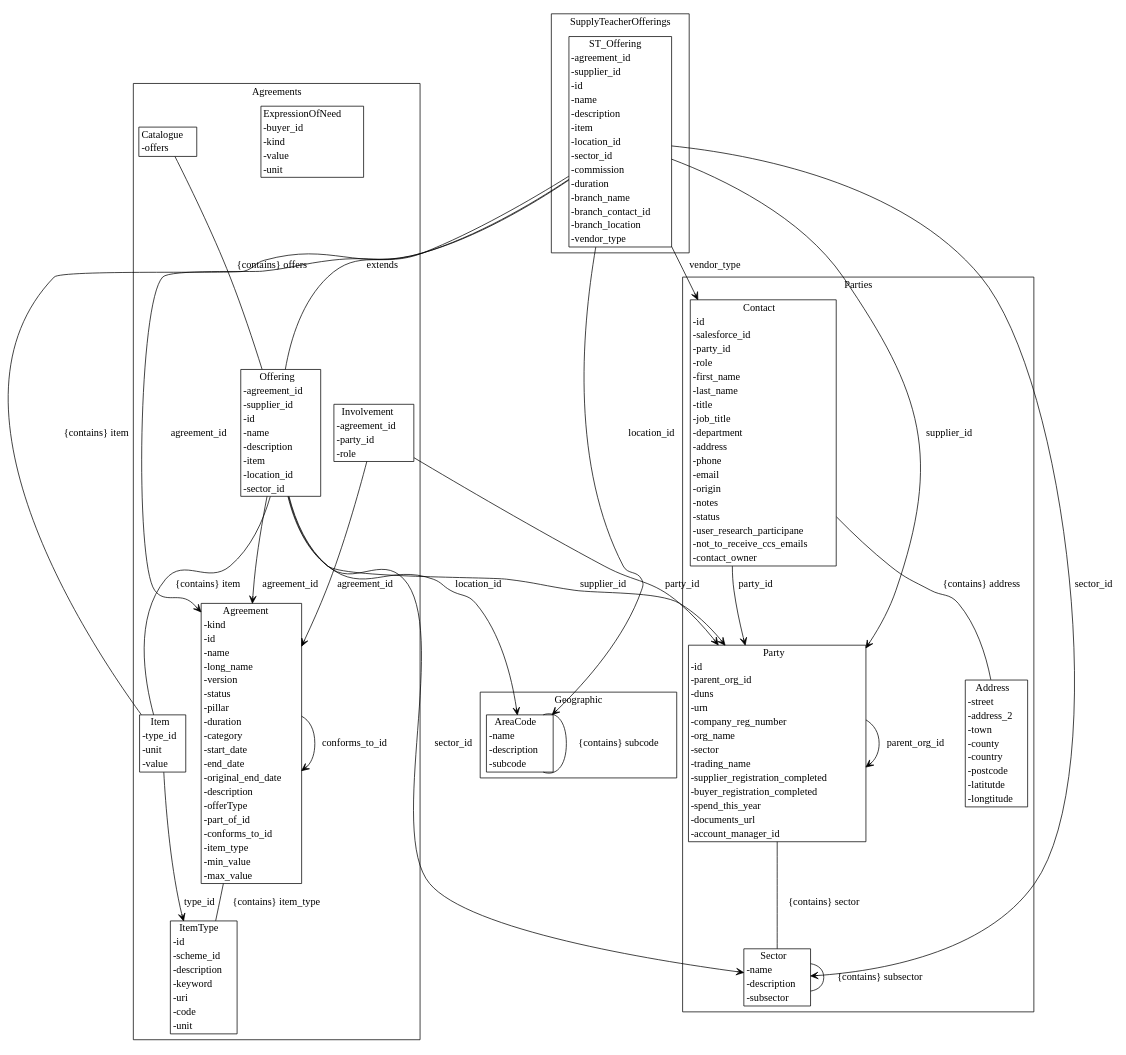
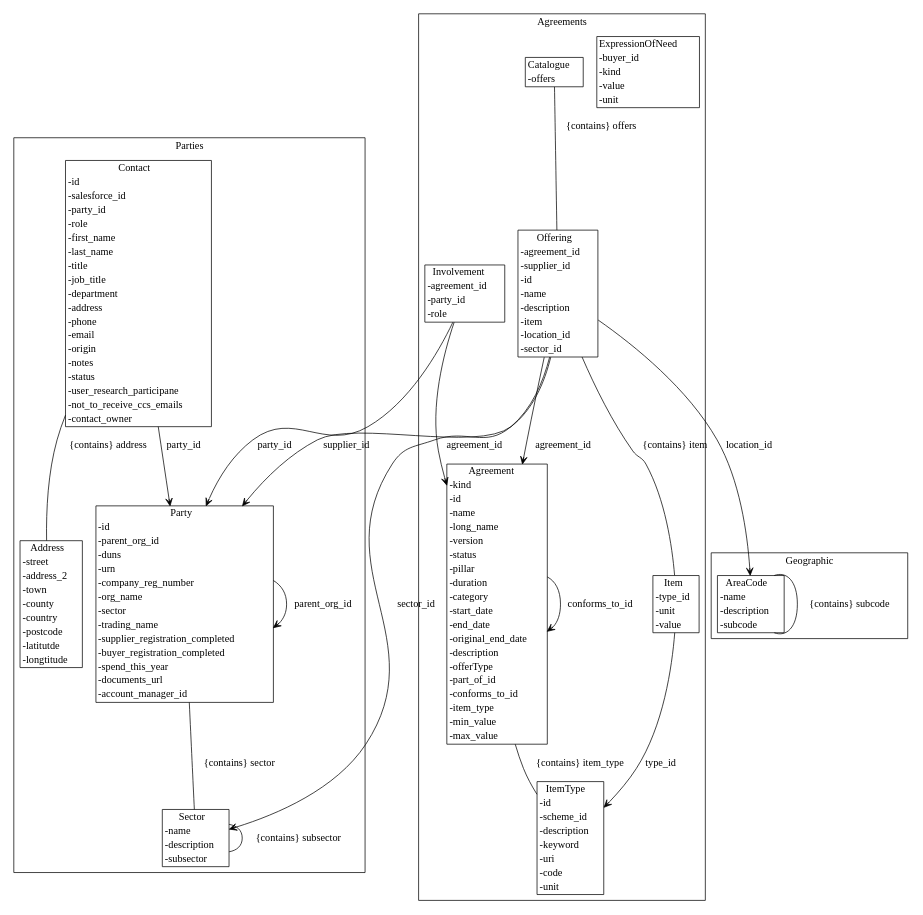
The diagram in gen/diagrams/metamodel.dot (Crown-Commercial-Service/ccs-data-model), drawn with Graphviz before and after one commit. The commit also changed 28 other files, not shown here.

```diff
--- a/gen/diagrams/metamodel.dot
+++ b/gen/diagrams/metamodel.dot
@@ -1,57 +1,44 @@
 strict digraph {
 subgraph cluster_Agreements {
 node [shape=plaintext margin=0];
 label=Agreements;
 "ItemType" [label=<<table BORDER="1" CELLBORDER="0" CELLSPACING="0"><TH><TD>ItemType</TD></TH><TR><TD ALIGN="LEFT">-id</TD></TR><TR><TD ALIGN="LEFT">-scheme_id</TD></TR><TR><TD ALIGN="LEFT">-description</TD></TR><TR><TD ALIGN="LEFT">-keyword</TD></TR><TR><TD ALIGN="LEFT">-uri</TD></TR><TR><TD ALIGN="LEFT">-code</TD></TR><TR><TD ALIGN="LEFT">-unit</TD></TR></table>>];
 "ExpressionOfNeed" [label=<<table BORDER="1" CELLBORDER="0" CELLSPACING="0"><TH><TD>ExpressionOfNeed</TD></TH><TR><TD ALIGN="LEFT">-buyer_id</TD></TR><TR><TD ALIGN="LEFT">-kind</TD></TR><TR><TD ALIGN="LEFT">-value</TD></TR><TR><TD ALIGN="LEFT">-unit</TD></TR></table>>];
 "Agreement" [label=<<table BORDER="1" CELLBORDER="0" CELLSPACING="0"><TH><TD>Agreement</TD></TH><TR><TD ALIGN="LEFT">-kind</TD></TR><TR><TD ALIGN="LEFT">-id</TD></TR><TR><TD ALIGN="LEFT">-name</TD></TR><TR><TD ALIGN="LEFT">-long_name</TD></TR><TR><TD ALIGN="LEFT">-version</TD></TR><TR><TD ALIGN="LEFT">-status</TD></TR><TR><TD ALIGN="LEFT">-pillar</TD></TR><TR><TD ALIGN="LEFT">-duration</TD></TR><TR><TD ALIGN="LEFT">-category</TD></TR><TR><TD ALIGN="LEFT">-start_date</TD></TR><TR><TD ALIGN="LEFT">-end_date</TD></TR><TR><TD ALIGN="LEFT">-original_end_date</TD></TR><TR><TD ALIGN="LEFT">-description</TD></TR><TR><TD ALIGN="LEFT">-offerType</TD></TR><TR><TD ALIGN="LEFT">-part_of_id</TD></TR><TR><TD ALIGN="LEFT">-conforms_to_id</TD></TR><TR><TD ALIGN="LEFT">-item_type</TD></TR><TR><TD ALIGN="LEFT">-min_value</TD></TR><TR><TD ALIGN="LEFT">-max_value</TD></TR></table>>];
 "Item" [label=<<table BORDER="1" CELLBORDER="0" CELLSPACING="0"><TH><TD>Item</TD></TH><TR><TD ALIGN="LEFT">-type_id</TD></TR><TR><TD ALIGN="LEFT">-unit</TD></TR><TR><TD ALIGN="LEFT">-value</TD></TR></table>>];
 "Offering" [label=<<table BORDER="1" CELLBORDER="0" CELLSPACING="0"><TH><TD>Offering</TD></TH><TR><TD ALIGN="LEFT">-agreement_id</TD></TR><TR><TD ALIGN="LEFT">-supplier_id</TD></TR><TR><TD ALIGN="LEFT">-id</TD></TR><TR><TD ALIGN="LEFT">-name</TD></TR><TR><TD ALIGN="LEFT">-description</TD></TR><TR><TD ALIGN="LEFT">-item</TD></TR><TR><TD ALIGN="LEFT">-location_id</TD></TR><TR><TD ALIGN="LEFT">-sector_id</TD></TR></table>>];
 "Catalogue" [label=<<table BORDER="1" CELLBORDER="0" CELLSPACING="0"><TH><TD>Catalogue</TD></TH><TR><TD ALIGN="LEFT">-offers</TD></TR></table>>];
 "Involvement" [label=<<table BORDER="1" CELLBORDER="0" CELLSPACING="0"><TH><TD>Involvement</TD></TH><TR><TD ALIGN="LEFT">-agreement_id</TD></TR><TR><TD ALIGN="LEFT">-party_id</TD></TR><TR><TD ALIGN="LEFT">-role</TD></TR></table>>];
 }
 subgraph cluster_Parties {
 node [shape=plaintext margin=0];
 label=Parties;
 "Sector" [label=<<table BORDER="1" CELLBORDER="0" CELLSPACING="0"><TH><TD>Sector</TD></TH><TR><TD ALIGN="LEFT">-name</TD></TR><TR><TD ALIGN="LEFT">-description</TD></TR><TR><TD ALIGN="LEFT">-subsector</TD></TR></table>>];
 "Party" [label=<<table BORDER="1" CELLBORDER="0" CELLSPACING="0"><TH><TD>Party</TD></TH><TR><TD ALIGN="LEFT">-id</TD></TR><TR><TD ALIGN="LEFT">-parent_org_id</TD></TR><TR><TD ALIGN="LEFT">-duns</TD></TR><TR><TD ALIGN="LEFT">-urn</TD></TR><TR><TD ALIGN="LEFT">-company_reg_number</TD></TR><TR><TD ALIGN="LEFT">-org_name</TD></TR><TR><TD ALIGN="LEFT">-sector</TD></TR><TR><TD ALIGN="LEFT">-trading_name</TD></TR><TR><TD ALIGN="LEFT">-supplier_registration_completed</TD></TR><TR><TD ALIGN="LEFT">-buyer_registration_completed</TD></TR><TR><TD ALIGN="LEFT">-spend_this_year</TD></TR><TR><TD ALIGN="LEFT">-documents_url</TD></TR><TR><TD ALIGN="LEFT">-account_manager_id</TD></TR></table>>];
 "Address" [label=<<table BORDER="1" CELLBORDER="0" CELLSPACING="0"><TH><TD>Address</TD></TH><TR><TD ALIGN="LEFT">-street</TD></TR><TR><TD ALIGN="LEFT">-address_2</TD></TR><TR><TD ALIGN="LEFT">-town</TD></TR><TR><TD ALIGN="LEFT">-county</TD></TR><TR><TD ALIGN="LEFT">-country</TD></TR><TR><TD ALIGN="LEFT">-postcode</TD></TR><TR><TD ALIGN="LEFT">-latitutde</TD></TR><TR><TD ALIGN="LEFT">-longtitude</TD></TR></table>>];
 "Contact" [label=<<table BORDER="1" CELLBORDER="0" CELLSPACING="0"><TH><TD>Contact</TD></TH><TR><TD ALIGN="LEFT">-id</TD></TR><TR><TD ALIGN="LEFT">-salesforce_id</TD></TR><TR><TD ALIGN="LEFT">-party_id</TD></TR><TR><TD ALIGN="LEFT">-role</TD></TR><TR><TD ALIGN="LEFT">-first_name</TD></TR><TR><TD ALIGN="LEFT">-last_name</TD></TR><TR><TD ALIGN="LEFT">-title</TD></TR><TR><TD ALIGN="LEFT">-job_title</TD></TR><TR><TD ALIGN="LEFT">-department</TD></TR><TR><TD ALIGN="LEFT">-address</TD></TR><TR><TD ALIGN="LEFT">-phone</TD></TR><TR><TD ALIGN="LEFT">-email</TD></TR><TR><TD ALIGN="LEFT">-origin</TD></TR><TR><TD ALIGN="LEFT">-notes</TD></TR><TR><TD ALIGN="LEFT">-status</TD></TR><TR><TD ALIGN="LEFT">-user_research_participane</TD></TR><TR><TD ALIGN="LEFT">-not_to_receive_ccs_emails</TD></TR><TR><TD ALIGN="LEFT">-contact_owner</TD></TR></table>>];
 }
 subgraph cluster_Geographic {
 node [shape=plaintext margin=0];
 label=Geographic;
 "AreaCode" [label=<<table BORDER="1" CELLBORDER="0" CELLSPACING="0"><TH><TD>AreaCode</TD></TH><TR><TD ALIGN="LEFT">-name</TD></TR><TR><TD ALIGN="LEFT">-description</TD></TR><TR><TD ALIGN="LEFT">-subcode</TD></TR></table>>];
 }
-subgraph cluster_SupplyTeacherOfferings {
-node [shape=plaintext margin=0];
-label=SupplyTeacherOfferings;
-"ST_Offering" [label=<<table BORDER="1" CELLBORDER="0" CELLSPACING="0"><TH><TD>ST_Offering</TD></TH><TR><TD ALIGN="LEFT">-agreement_id</TD></TR><TR><TD ALIGN="LEFT">-supplier_id</TD></TR><TR><TD ALIGN="LEFT">-id</TD></TR><TR><TD ALIGN="LEFT">-name</TD></TR><TR><TD ALIGN="LEFT">-description</TD></TR><TR><TD ALIGN="LEFT">-item</TD></TR><TR><TD ALIGN="LEFT">-location_id</TD></TR><TR><TD ALIGN="LEFT">-sector_id</TD></TR><TR><TD ALIGN="LEFT">-commission</TD></TR><TR><TD ALIGN="LEFT">-duration</TD></TR><TR><TD ALIGN="LEFT">-branch_name</TD></TR><TR><TD ALIGN="LEFT">-branch_contact_id</TD></TR><TR><TD ALIGN="LEFT">-branch_location</TD></TR><TR><TD ALIGN="LEFT">-vendor_type</TD></TR></table>>];
-}
 "Agreement" -> "Agreement" [label="part_of_id" arrowhead = "open" arrowtail = "none" ];
 "Agreement" -> "Agreement" [label="conforms_to_id" arrowhead = "open" arrowtail = "none" ];
 "Agreement" -> "ItemType" [label="{contains} item_type" arrowhead = "none" arrowtail = "diamond" ];
 "Item" -> "ItemType" [label="type_id" arrowhead = "open" arrowtail = "none" ];
 "Offering" -> "Agreement" [label="agreement_id" arrowhead = "open" arrowtail = "none" ];
 "Offering" -> "Party" [label="supplier_id" arrowhead = "open" arrowtail = "none" ];
 "Offering" -> "Item" [label="{contains} item" arrowhead = "none" arrowtail = "diamond" ];
 "Offering" -> "AreaCode" [label="location_id" arrowhead = "open" arrowtail = "none" ];
 "Offering" -> "Sector" [label="sector_id" arrowhead = "open" arrowtail = "none" ];
 "Catalogue" -> "Offering" [label="{contains} offers" arrowhead = "none" arrowtail = "diamond" ];
 "Involvement" -> "Agreement" [label="agreement_id" arrowhead = "open" arrowtail = "none" ];
 "Involvement" -> "Party" [label="party_id" arrowhead = "open" arrowtail = "none" ];
 "Sector" -> "Sector" [label="{contains} subsector" arrowhead = "none" arrowtail = "diamond" ];
 "Party" -> "Party" [label="parent_org_id" arrowhead = "open" arrowtail = "none" ];
 "Party" -> "Sector" [label="{contains} sector" arrowhead = "none" arrowtail = "diamond" ];
 "Contact" -> "Party" [label="party_id" arrowhead = "open" arrowtail = "none" ];
 "Contact" -> "Address" [label="{contains} address" arrowhead = "none" arrowtail = "diamond" ];
 "AreaCode" -> "AreaCode" [label="{contains} subcode" arrowhead = "none" arrowtail = "diamond" ];
-"ST_Offering" -> "Offering" [label="extends" arrowhead = "none" arrowtail = "normal" ];
-"ST_Offering" -> "Agreement" [label="agreement_id" arrowhead = "open" arrowtail = "none" ];
-"ST_Offering" -> "Party" [label="supplier_id" arrowhead = "open" arrowtail = "none" ];
-"ST_Offering" -> "Item" [label="{contains} item" arrowhead = "none" arrowtail = "diamond" ];
-"ST_Offering" -> "AreaCode" [label="location_id" arrowhead = "open" arrowtail = "none" ];
-"ST_Offering" -> "Sector" [label="sector_id" arrowhead = "open" arrowtail = "none" ];
-"ST_Offering" -> "Contact" [label="branch_contact_id" arrowhead = "open" arrowtail = "none" ];
-"ST_Offering" -> "Contact" [label="vendor_type" arrowhead = "open" arrowtail = "none" ];
 }
```
